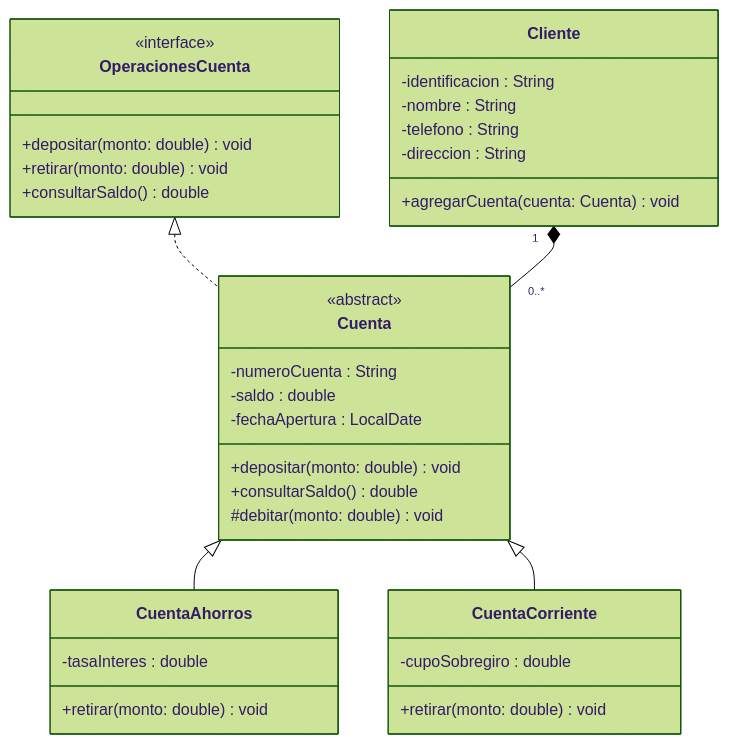
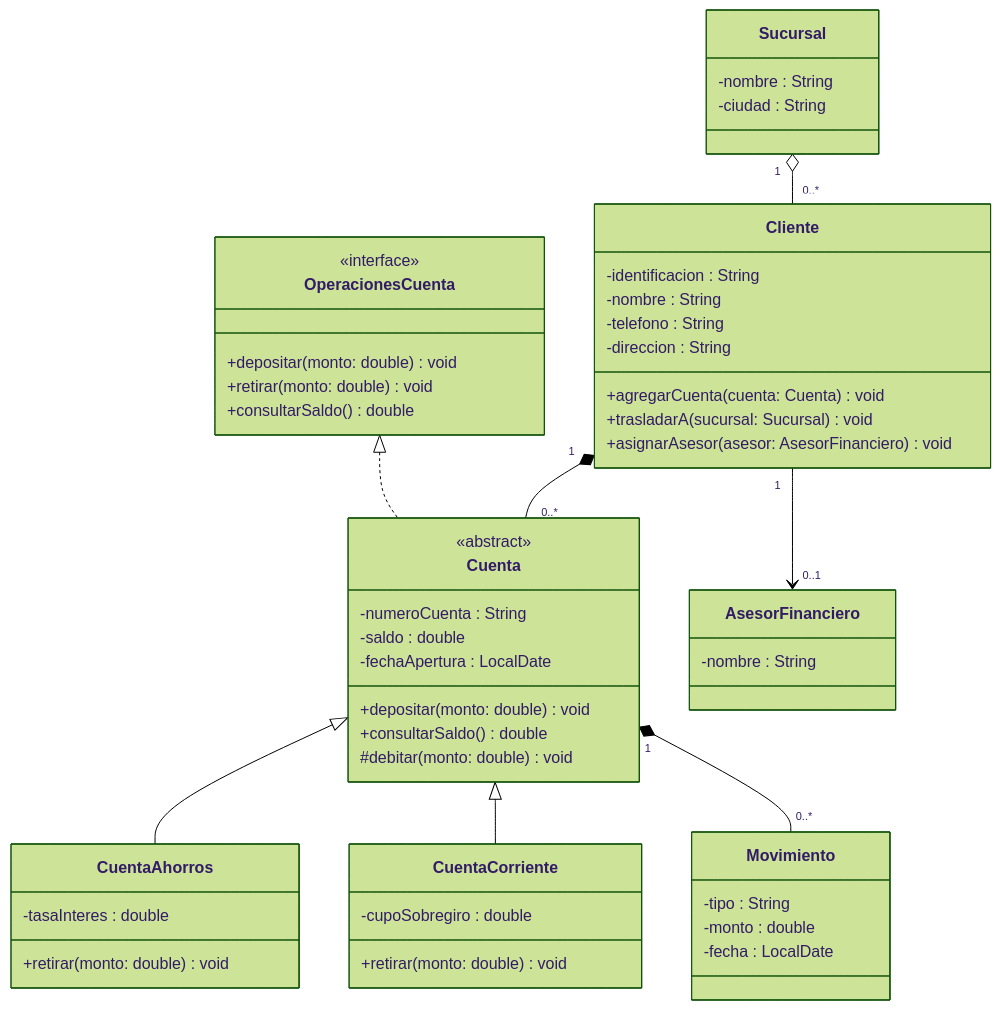
One commit to santiagoSuarez219/nodo-edu changed the second of 3 diagrams in content/cursos/estructuras-de-datos/diseno-con-tad-y-orientacion-a-objetos.mdx. Above: the diagram before and after it, drawn with Mermaid (forest theme). The commit also changed other lines of this file, not shown here.

First line of the commit message:
content(estructuras-de-datos): add Movimiento composition, aggregation and association to OO lesson

````diff
--- a/content/cursos/estructuras-de-datos/diseno-con-tad-y-orientacion-a-objetos.mdx
+++ b/content/cursos/estructuras-de-datos/diseno-con-tad-y-orientacion-a-objetos.mdx
@@ -81,37 +85,54 @@
 ```mermaid
 classDiagram
   class OperacionesCuenta {
     <<interface>>
     +depositar(monto: double) void
     +retirar(monto: double) void
     +consultarSaldo() double
   }
   class Cuenta {
     <<abstract>>
     -numeroCuenta : String
     -saldo : double
     -fechaApertura : LocalDate
     +depositar(monto: double) void
     +consultarSaldo() double
     #debitar(monto: double) void
   }
+  class Movimiento {
+    -tipo : String
+    -monto : double
+    -fecha : LocalDate
+  }
   class CuentaAhorros {
     -tasaInteres : double
     +retirar(monto: double) void
   }
   class CuentaCorriente {
     -cupoSobregiro : double
     +retirar(monto: double) void
   }
   class Cliente {
     -identificacion : String
     -nombre : String
     -telefono : String
     -direccion : String
     +agregarCuenta(cuenta: Cuenta) void
+    +trasladarA(sucursal: Sucursal) void
+    +asignarAsesor(asesor: AsesorFinanciero) void
+  }
+  class Sucursal {
+    -nombre : String
+    -ciudad : String
+  }
+  class AsesorFinanciero {
+    -nombre : String
   }
   OperacionesCuenta <|.. Cuenta
   Cuenta <|-- CuentaAhorros
   Cuenta <|-- CuentaCorriente
+  Cuenta "1" *-- "0..*" Movimiento
   Cliente "1" *-- "0..*" Cuenta
+  Sucursal "1" o-- "0..*" Cliente
+  Cliente "1" --> "0..1" AsesorFinanciero
 ```
````
